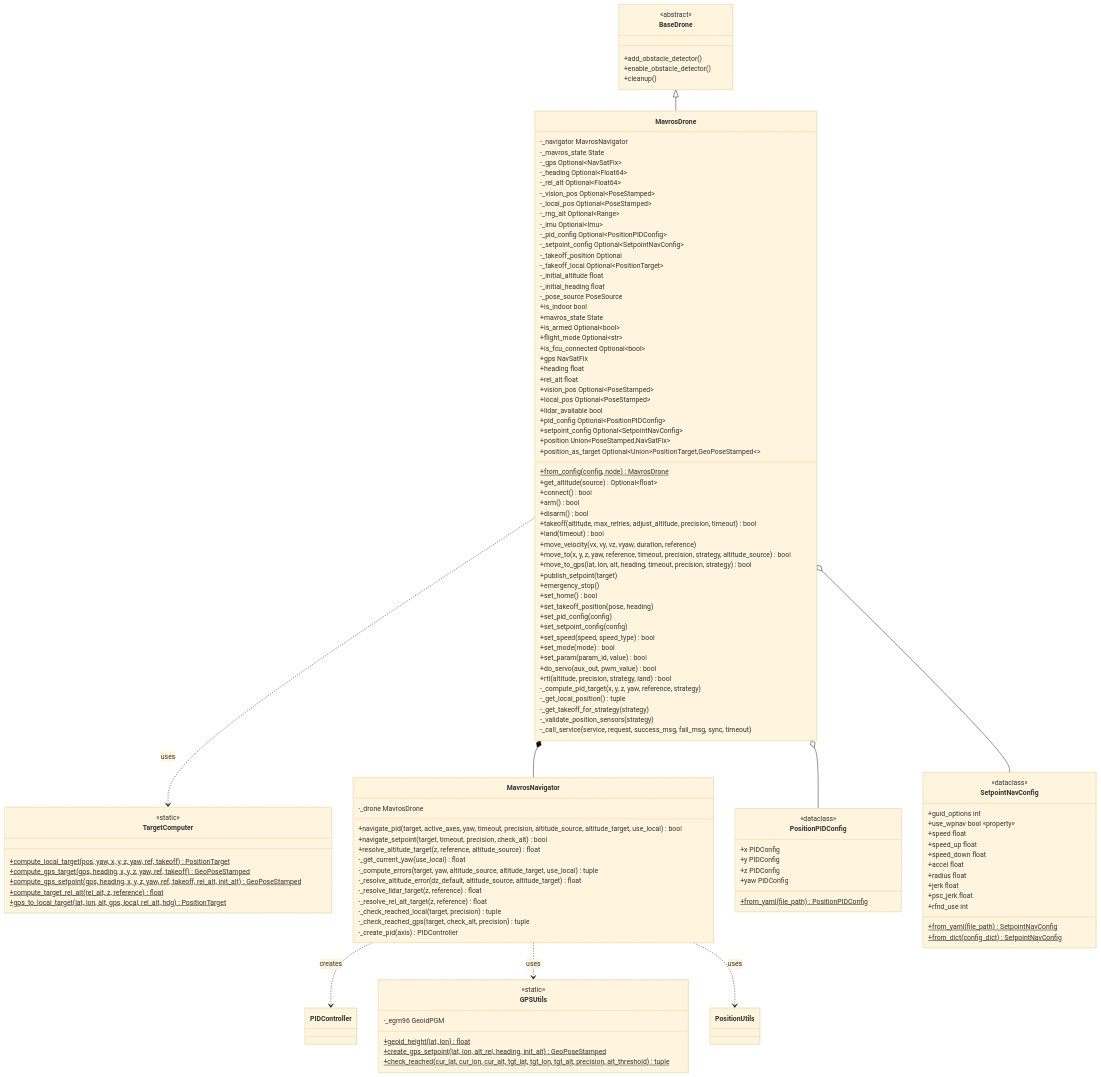
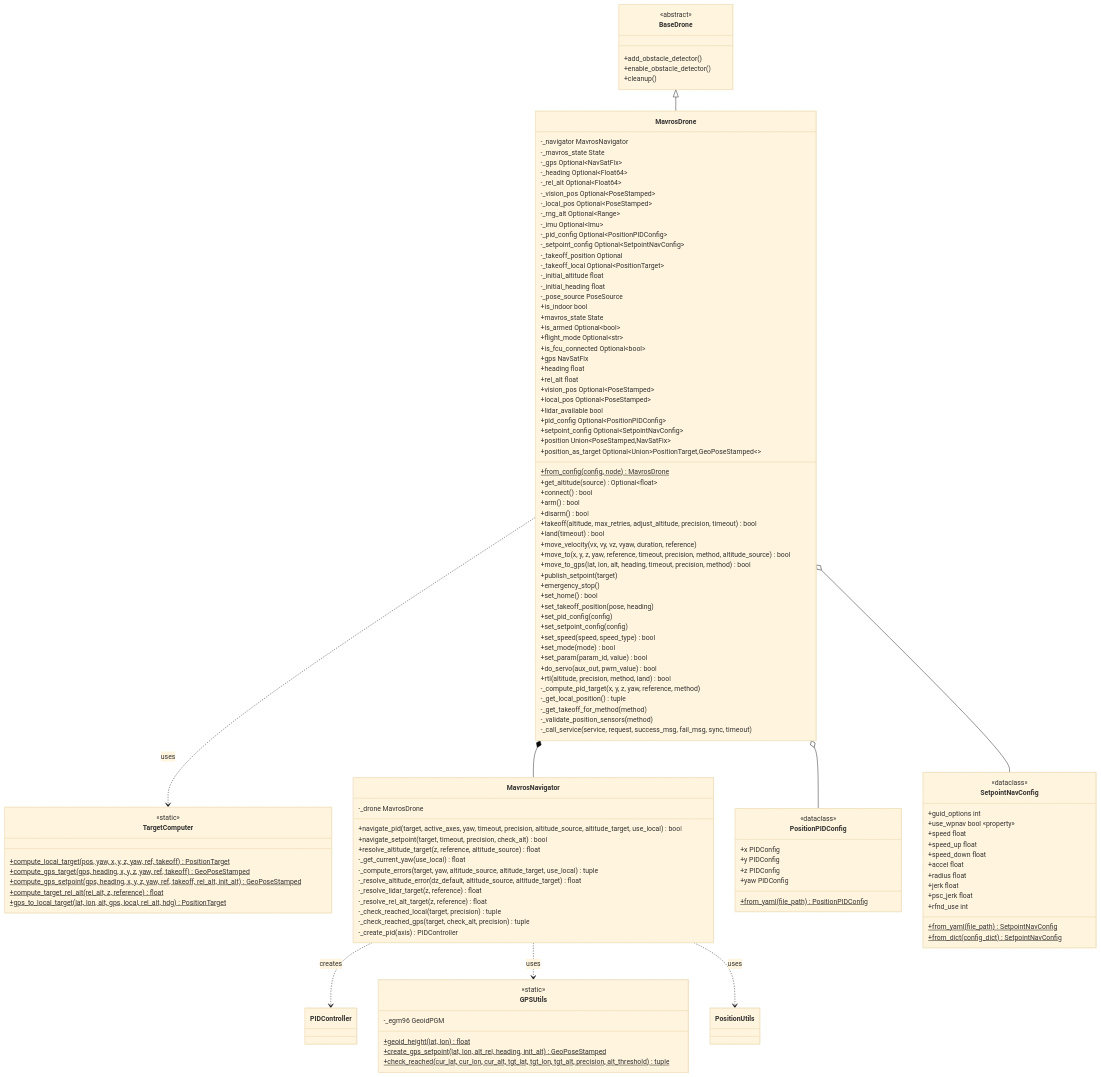
Before and after one commit to Black-Bee-Drones/nectar-sdk: the first of 3 diagrams in nectar/nectar/control/mavros/README.md, drawn with Mermaid (base theme). The commit also changed other lines of this file and 10 other files, not shown here.

```diff
--- a/nectar/nectar/control/mavros/README.md
+++ b/nectar/nectar/control/mavros/README.md
@@ -130,8 +130,8 @@
         +takeoff(altitude, max_retries, adjust_altitude, precision, timeout) bool
         +land(timeout) bool
         +move_velocity(vx, vy, vz, vyaw, duration, reference)
-        +move_to(x, y, z, yaw, reference, timeout, precision, strategy, altitude_source) bool
-        +move_to_gps(lat, lon, alt, heading, timeout, precision, strategy) bool
+        +move_to(x, y, z, yaw, reference, timeout, precision, method, altitude_source) bool
+        +move_to_gps(lat, lon, alt, heading, timeout, precision, method) bool
         +publish_setpoint(target)
         +emergency_stop()
         +set_home() bool
@@ -142,11 +142,11 @@
         +set_mode(mode) bool
         +set_param(param_id, value) bool
         +do_servo(aux_out, pwm_value) bool
-        +rtl(altitude, precision, strategy, land) bool
-        -_compute_pid_target(x, y, z, yaw, reference, strategy)
+        +rtl(altitude, precision, method, land) bool
+        -_compute_pid_target(x, y, z, yaw, reference, method)
         -_get_local_position() tuple
-        -_get_takeoff_for_strategy(strategy)
-        -_validate_position_sensors(strategy)
+        -_get_takeoff_for_method(method)
+        -_validate_position_sensors(method)
         -_call_service(service, request, success_msg, fail_msg, sync, timeout)
     }
 
```
